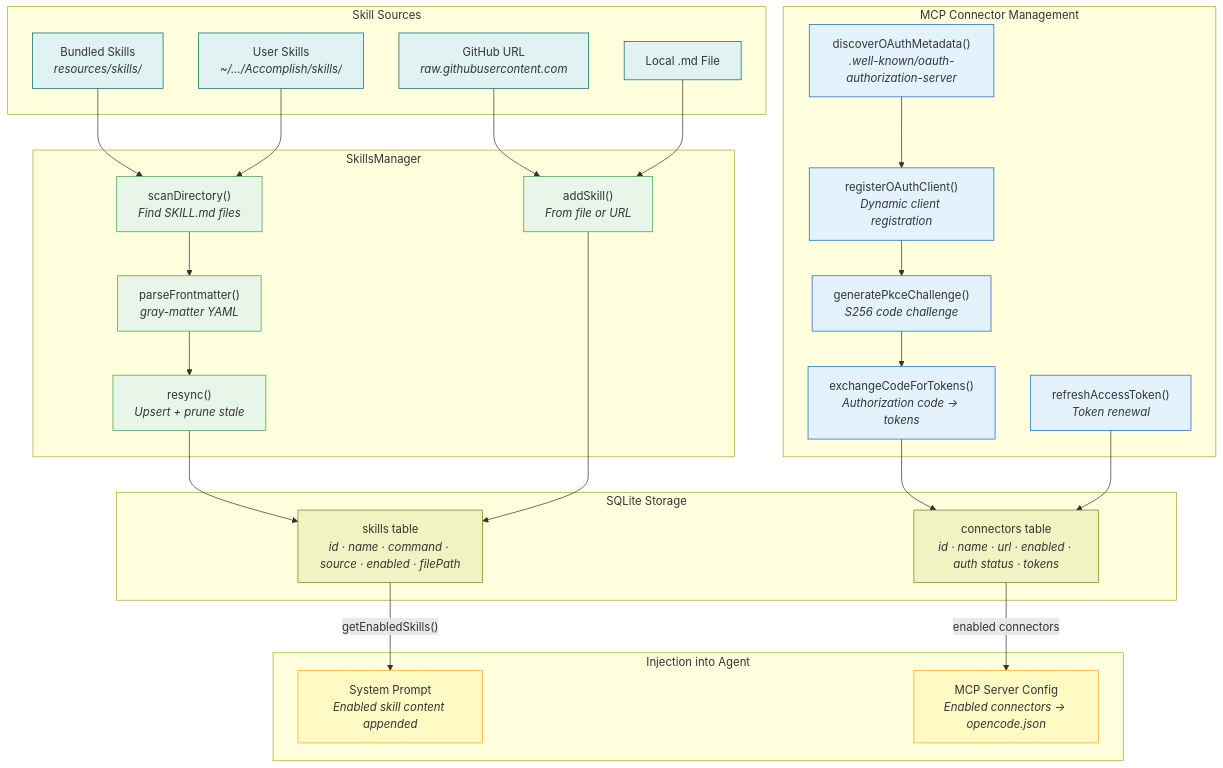
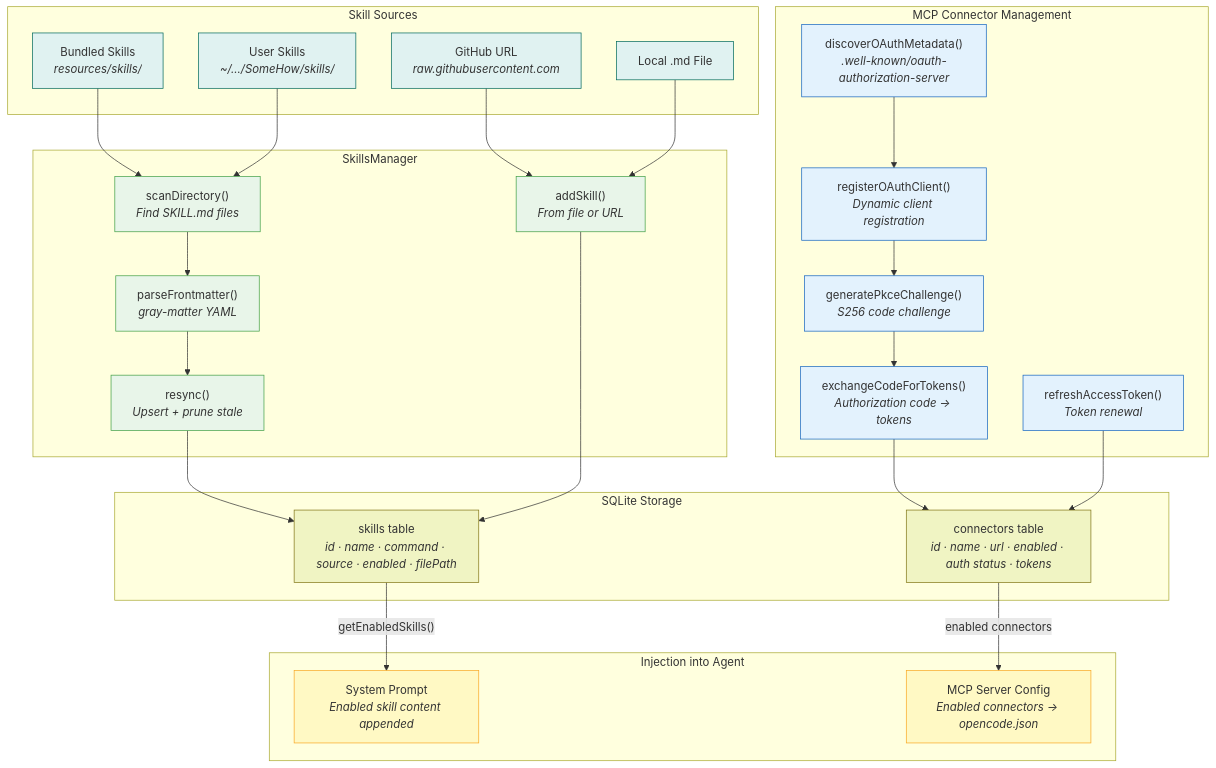
The seventh of 8 diagrams in docs/functional-viewpoint.md (its-harshit/openplish), drawn with Mermaid before and after one commit. The commit also changed other lines of this file and 148 other files, not shown here.

````diff
--- a/docs/functional-viewpoint.md
+++ b/docs/functional-viewpoint.md
@@ -507,64 +507,64 @@
 ```mermaid
 graph TB
   subgraph SOURCES["Skill Sources"]
     BUNDLED["Bundled Skills<br/><i>resources/skills/</i>"]
-    USER_DIR["User Skills<br/><i>~/.../Accomplish/skills/</i>"]
+    USER_DIR["User Skills<br/><i>~/.../SomeHow/skills/</i>"]
     GITHUB["GitHub URL<br/><i>raw.githubusercontent.com</i>"]
     LOCAL_FILE["Local .md File"]
   end
 
   subgraph SKILLS_MGR["SkillsManager"]
     SCAN["scanDirectory()<br/><i>Find SKILL.md files</i>"]
     PARSE["parseFrontmatter()<br/><i>gray-matter YAML</i>"]
     SYNC["resync()<br/><i>Upsert + prune stale</i>"]
     ADD["addSkill()<br/><i>From file or URL</i>"]
   end
 
   subgraph CONNECTORS["MCP Connector Management"]
     DISC["discoverOAuthMetadata()<br/><i>.well-known/oauth-authorization-server</i>"]
     REG["registerOAuthClient()<br/><i>Dynamic client registration</i>"]
     PKCE["generatePkceChallenge()<br/><i>S256 code challenge</i>"]
     TOKEN["exchangeCodeForTokens()<br/><i>Authorization code → tokens</i>"]
     REFRESH["refreshAccessToken()<br/><i>Token renewal</i>"]
   end
 
   subgraph DB["SQLite Storage"]
     SKILLS_TBL["skills table<br/><i>id · name · command · source · enabled · filePath</i>"]
     CONN_TBL["connectors table<br/><i>id · name · url · enabled · auth status · tokens</i>"]
   end
 
   subgraph INJECTION["Injection into Agent"]
     SYS_PROMPT["System Prompt<br/><i>Enabled skill content appended</i>"]
     MCP_CONF["MCP Server Config<br/><i>Enabled connectors → opencode.json</i>"]
   end
 
   BUNDLED --> SCAN
   USER_DIR --> SCAN
   GITHUB --> ADD
   LOCAL_FILE --> ADD
   SCAN --> PARSE
   PARSE --> SYNC
   SYNC --> SKILLS_TBL
   ADD --> SKILLS_TBL
 
   DISC --> REG
   REG --> PKCE
   PKCE --> TOKEN
   TOKEN --> CONN_TBL
   REFRESH --> CONN_TBL
 
   SKILLS_TBL -->|"getEnabledSkills()"| SYS_PROMPT
   CONN_TBL -->|"enabled connectors"| MCP_CONF
 
   classDef source fill:#e0f2f1,stroke:#00695c
   classDef mgr fill:#e8f5e9,stroke:#43a047
   classDef conn fill:#e3f2fd,stroke:#1565c0
   classDef db fill:#f0f4c3,stroke:#827717
   classDef inject fill:#fff9c4,stroke:#f9a825
 
   class BUNDLED,USER_DIR,GITHUB,LOCAL_FILE source
   class SCAN,PARSE,SYNC,ADD mgr
   class DISC,REG,PKCE,TOKEN,REFRESH conn
   class SKILLS_TBL,CONN_TBL db
   class SYS_PROMPT,MCP_CONF inject
 ```
````
